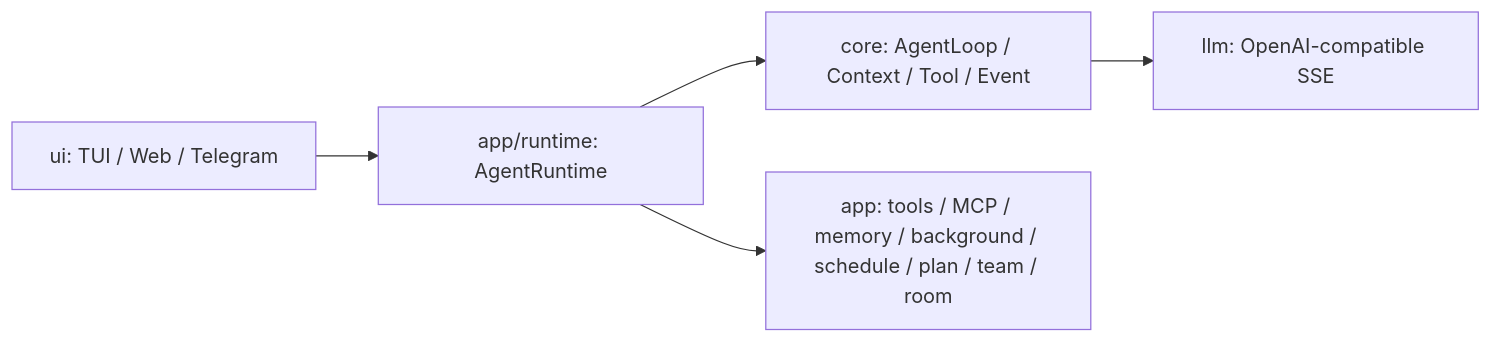
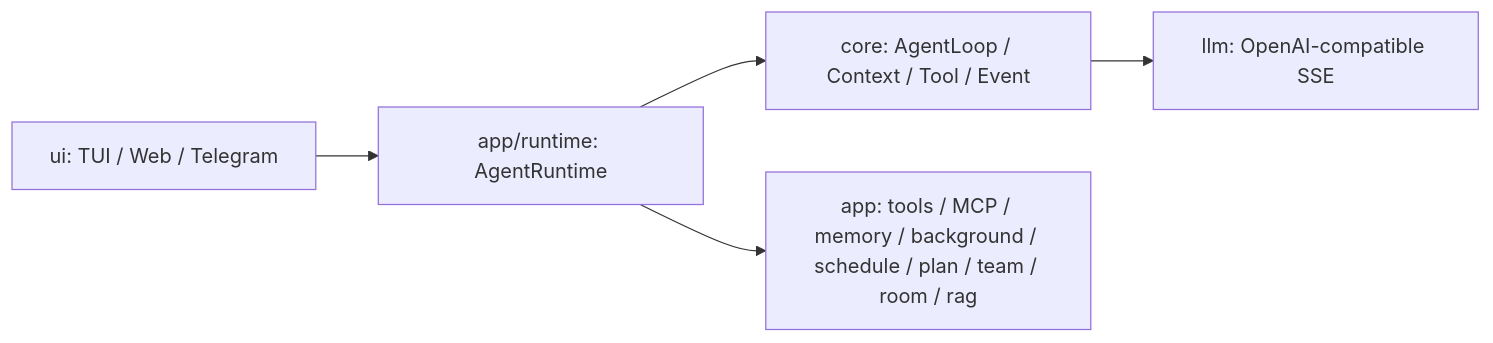
One commit to yangzhb-cn/aster changed the diagram in docs/ai-readme/README.md. Above: the diagram before and after it, drawn with Mermaid. The commit also changed other lines of this file and 72 other files, not shown here.

Commit message:
1. llm适配语音模型、图片模型、embedding模型；适配ollama 2. rag第一版

````diff
--- a/docs/ai-readme/README.md
+++ b/docs/ai-readme/README.md
@@ -7,7 +7,7 @@
 ```mermaid
 flowchart LR
     UI["ui: TUI / Web / Telegram"] --> Runtime["app/runtime: AgentRuntime"]
     Runtime --> Core["core: AgentLoop / Context / Tool / Event"]
     Core --> LLM["llm: OpenAI-compatible SSE"]
-    Runtime --> App["app: tools / MCP / memory / background / schedule / plan / team / room"]
+    Runtime --> App["app: tools / MCP / memory / background / schedule / plan / team / room / rag"]
 ```
````
